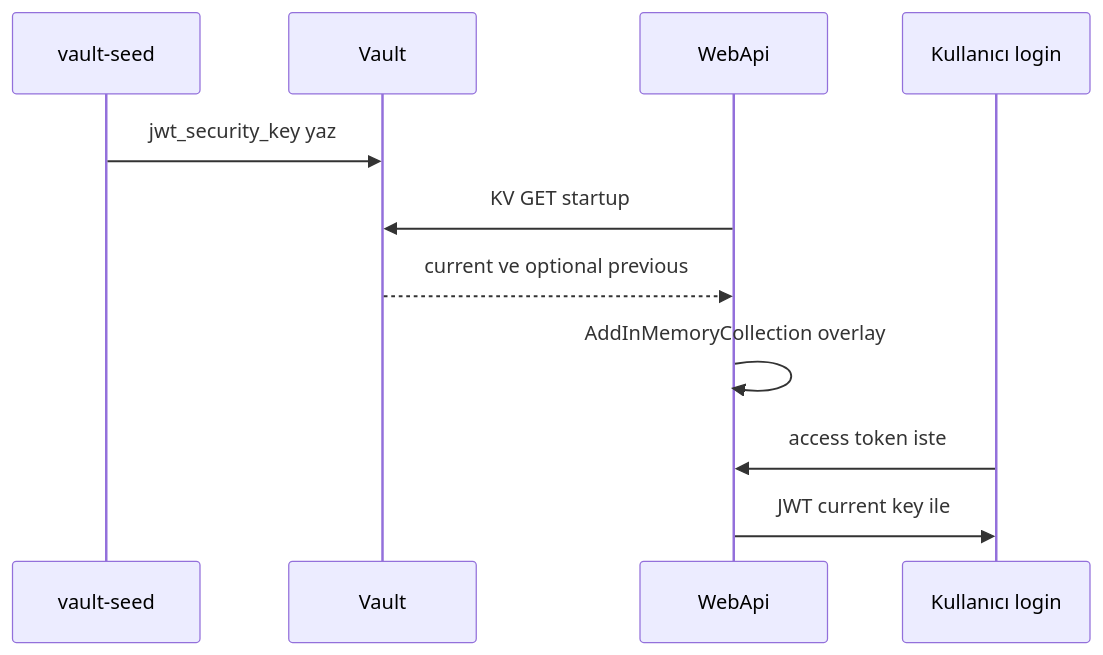
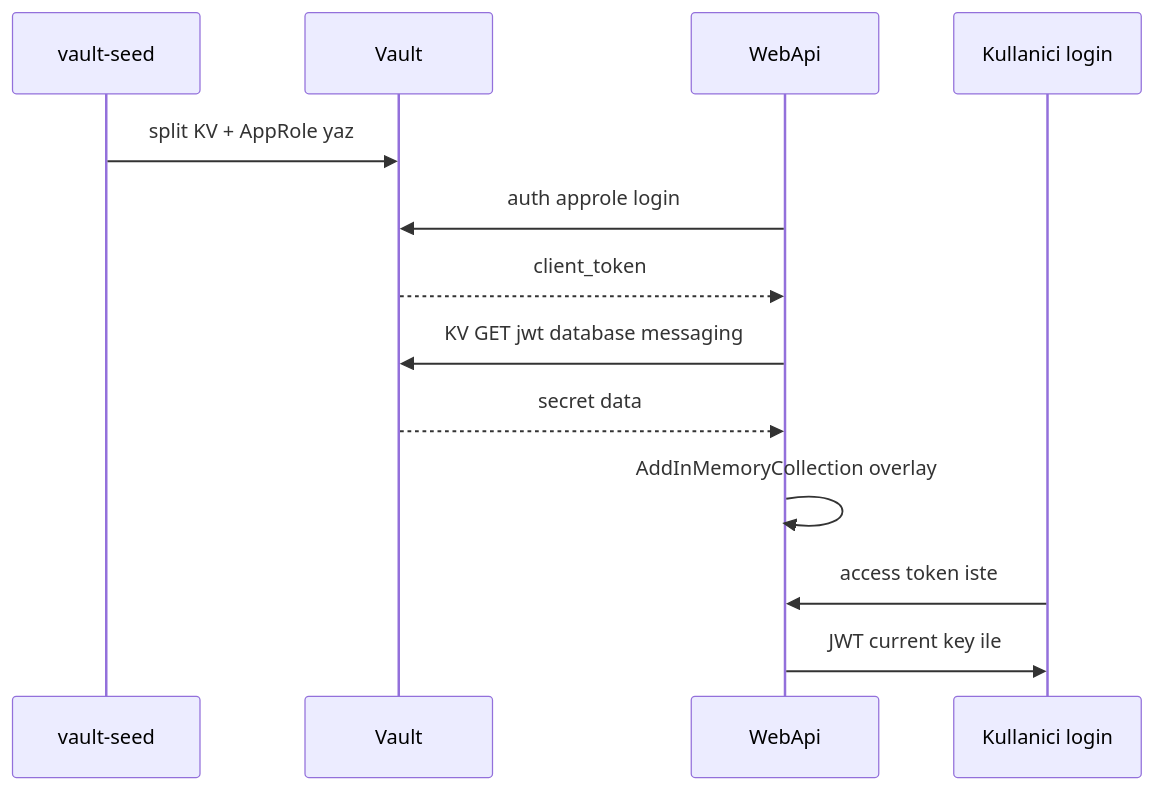
One commit to fdeniz07/BankApp changed the second of 2 diagrams in docs/learning/tr/19-vault-lab.md. Above: the diagram before and after it, drawn with Mermaid. The commit also changed other lines of this file and 6 other files, not shown here.

First line of the commit message:
doc: Document Vault AppRole and split KV paths

````diff
--- a/docs/learning/tr/19-vault-lab.md
+++ b/docs/learning/tr/19-vault-lab.md
@@ -42,13 +51,15 @@
 ```mermaid
 sequenceDiagram
   participant Seed as vault-seed
   participant V as Vault
   participant API as WebApi
-  participant User as Kullanıcı login
-  Seed->>V: jwt_security_key yaz
-  API->>V: KV GET startup
-  V-->>API: current ve optional previous
+  participant User as Kullanici login
+  Seed->>V: split KV + AppRole yaz
+  API->>V: auth approle login
+  V-->>API: client_token
+  API->>V: KV GET jwt database messaging
+  V-->>API: secret data
   API->>API: AddInMemoryCollection overlay
   User->>API: access token iste
   API->>User: JWT current key ile
 ```
````
